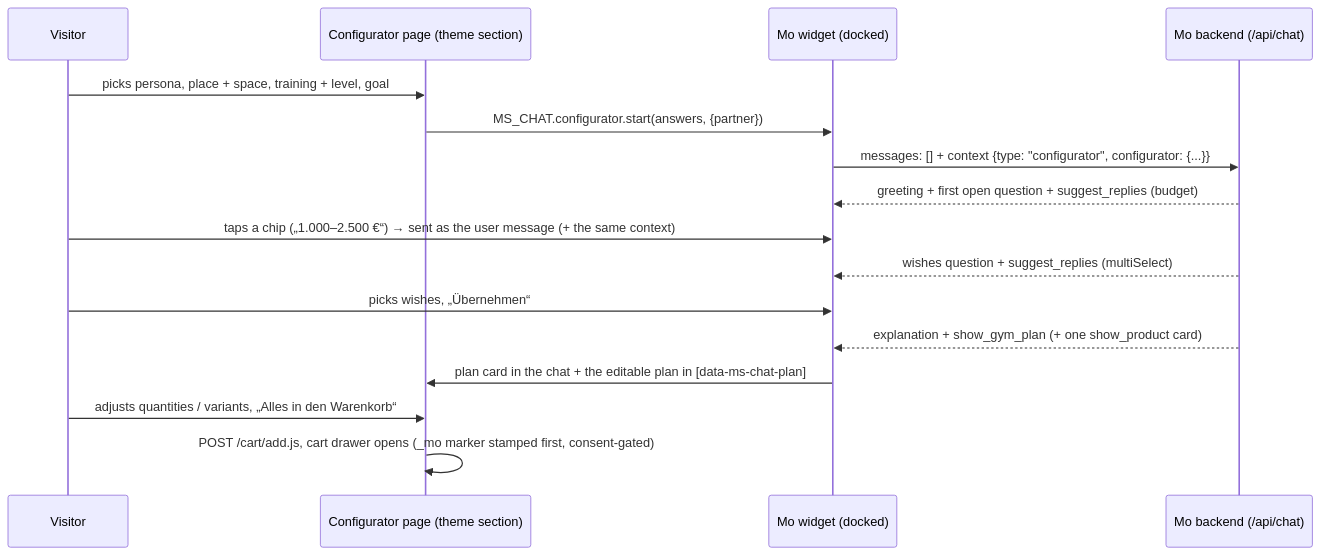
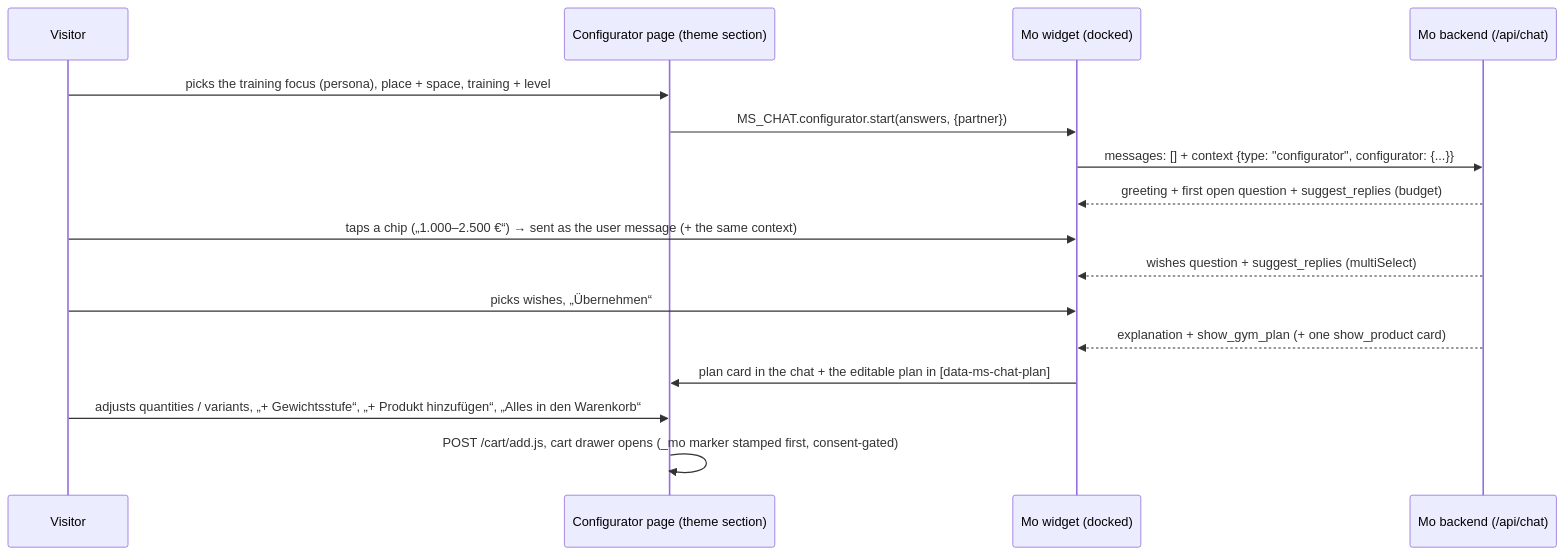
Before and after one commit to 4motionsports-GmbH/mo: the diagram in docs/CONFIGURATOR.md, drawn with Mermaid. The commit also changed other lines of this file and 4 other files, not shown here.

````diff
--- a/docs/CONFIGURATOR.md
+++ b/docs/CONFIGURATOR.md
@@ -12,18 +13,18 @@
 ```mermaid
 sequenceDiagram
   participant V as Visitor
   participant P as Configurator page (theme section)
   participant W as Mo widget (docked)
   participant B as Mo backend (/api/chat)
-  V->>P: picks persona, place + space, training + level, goal
+  V->>P: picks the training focus (persona), place + space, training + level
   P->>W: MS_CHAT.configurator.start(answers, {partner})
   W->>B: messages: [] + context {type: "configurator", configurator: {...}}
   B-->>W: greeting + first open question + suggest_replies (budget)
   V->>W: taps a chip („1.000–2.500 €“) → sent as the user message (+ the same context)
   B-->>W: wishes question + suggest_replies (multiSelect)
   V->>W: picks wishes, „Übernehmen“
   B-->>W: explanation + show_gym_plan (+ one show_product card)
   W->>P: plan card in the chat + the editable plan in [data-ms-chat-plan]
-  V->>P: adjusts quantities / variants, „Alles in den Warenkorb“
+  V->>P: adjusts quantities / variants, „+ Gewichtsstufe“, „+ Produkt hinzufügen“, „Alles in den Warenkorb“
   P->>P: POST /cart/add.js, cart drawer opens (_mo marker stamped first, consent-gated)
 ```
````
